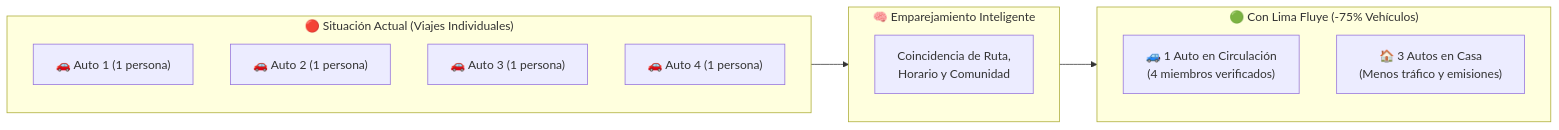
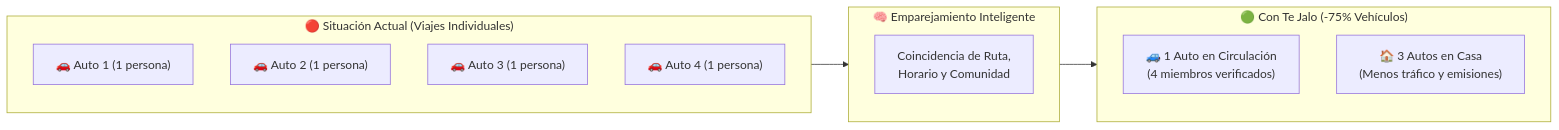
Before and after one commit to hack-andes-buscandoanemo/andes-hack: the first of 4 diagrams in README.md, drawn with Mermaid. The commit also changed other lines of this file and 3 other files, not shown here.

````diff
--- a/README.md
+++ b/README.md
@@ -73,20 +73,20 @@
 ```mermaid
 flowchart LR
     subgraph Antes["🔴 Situación Actual (Viajes Individuales)"]
         A1["🚗 Auto 1 (1 persona)"]
         A2["🚗 Auto 2 (1 persona)"]
         A3["🚗 Auto 3 (1 persona)"]
         A4["🚗 Auto 4 (1 persona)"]
     end
 
     subgraph Matching["🧠 Emparejamiento Inteligente"]
         M["Coincidencia de Ruta,\nHorario y Comunidad"]
     end
 
-    subgraph Despues["🟢 Con Lima Fluye (-75% Vehículos)"]
+    subgraph Despues["🟢 Con Te Jalo (-75% Vehículos)"]
         B1["🚙 1 Auto en Circulación\n(4 miembros verificados)"]
         B2["🏠 3 Autos en Casa\n(Menos tráfico y emisiones)"]
     end
 
     Antes --> Matching --> Despues
 ```
````
